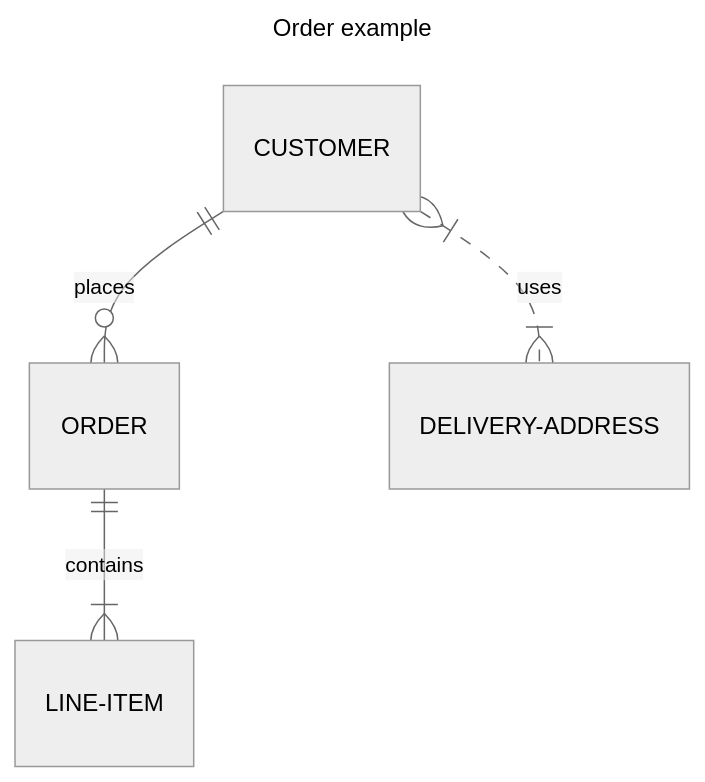
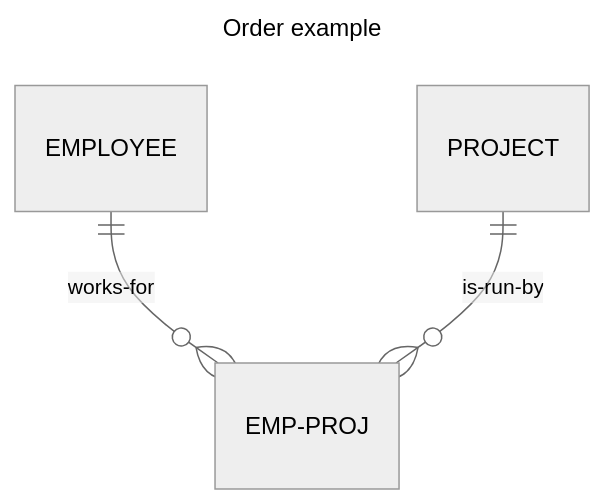
One commit to dimitri-yatsenko/datajoint-book changed the diagram in book/02-concepts/01-relational.md. Above: the diagram before and after it, drawn with Mermaid (neutral theme). The commit also changed other lines of this file and 3 other files, not shown here.

````diff
--- a/book/02-concepts/01-relational.md
+++ b/book/02-concepts/01-relational.md
@@ -214,9 +215,8 @@
 ```{mermaid}
 ---
 title: Order example
 ---
 erDiagram
-    CUSTOMER ||--o{ ORDER : places
-    ORDER ||--|{ LINE-ITEM : contains
-    CUSTOMER }|..|{ DELIVERY-ADDRESS : uses
+    EMPLOYEE ||--o{ EMP-PROJ : works-for
+    PROJECT ||--o{ EMP-PROJ : is-run-by 
 ```
````
